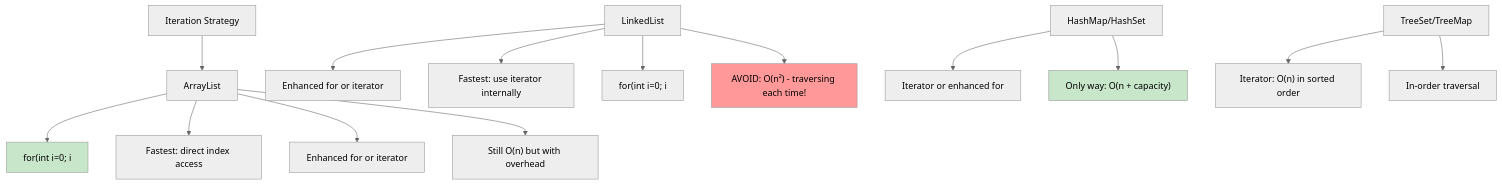
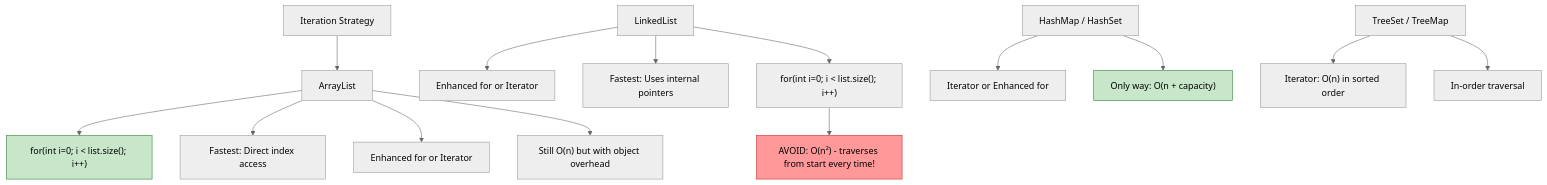
One commit to srinidevlearn/java-learn-collections changed diagram 24 of 30 in README.md. Above: the diagram before and after it, drawn with Mermaid (neutral theme). The commit also changed other lines of this file, not shown here.

````diff
--- a/README.md
+++ b/README.md
@@ -737,25 +795,25 @@
 ```mermaid
 graph TD
     A["Iteration Strategy"] --> B["ArrayList"]
-    B --> B1["for(int i=0; i<list.size(); i++)"]
-    B --> B1a["Fastest: direct index access"]
+    B --> B1["for(int i=0; i < list.size(); i++)"]
+    B --> B1a["Fastest: Direct index access"]
     
-    B --> B2["Enhanced for or iterator"]
-    B --> B2a["Still O(n) but with overhead"]
+    B --> B2["Enhanced for or Iterator"]
+    B --> B2a["Still O(n) but with object overhead"]
     
-    C["LinkedList"] --> C1["Enhanced for or iterator"]
-    C --> C1a["Fastest: use iterator internally"]
+    C["LinkedList"] --> C1["Enhanced for or Iterator"]
+    C --> C1a["Fastest: Uses internal pointers"]
     
-    C --> C2["for(int i=0; i<list.size(); i++)"]
-    C --> C2a["AVOID: O(n²) - traversing each time!"]
+    C --> C2["for(int i=0; i < list.size(); i++)"]
+    C2 --> C2a["AVOID: O(n²) - traverses from start every time!"]
     
-    D["HashMap/HashSet"] --> D1["Iterator or enhanced for"]
+    D["HashMap / HashSet"] --> D1["Iterator or Enhanced for"]
     D --> D1a["Only way: O(n + capacity)"]
     
-    E["TreeSet/TreeMap"] --> E1["Iterator: O(n) in sorted order"]
+    E["TreeSet / TreeMap"] --> E1["Iterator: O(n) in sorted order"]
     E --> E1a["In-order traversal"]
     
-    style B1 fill:#c8e6c9
-    style C2a fill:#ff9999
-    style D1a fill:#c8e6c9
+    style B1 fill:#c8e6c9,stroke:#2e7d32
+    style C2a fill:#ff9999,stroke:#c62828
+    style D1a fill:#c8e6c9,stroke:#2e7d32
 ```
````
